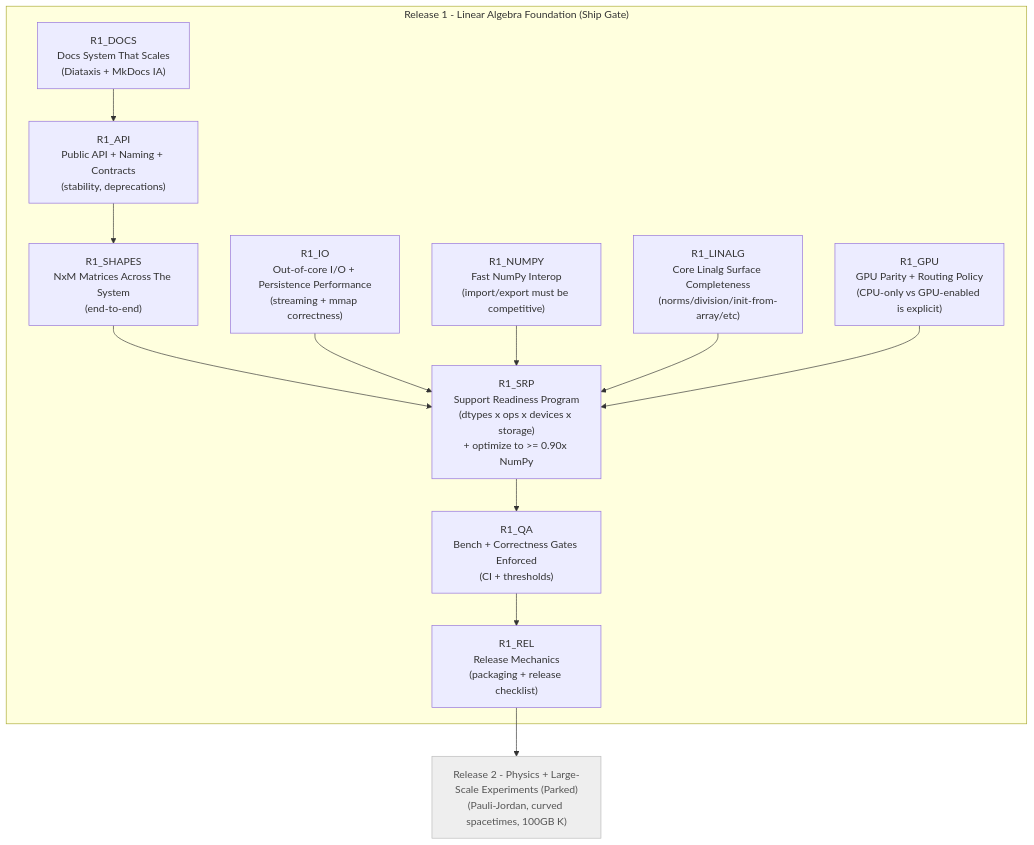
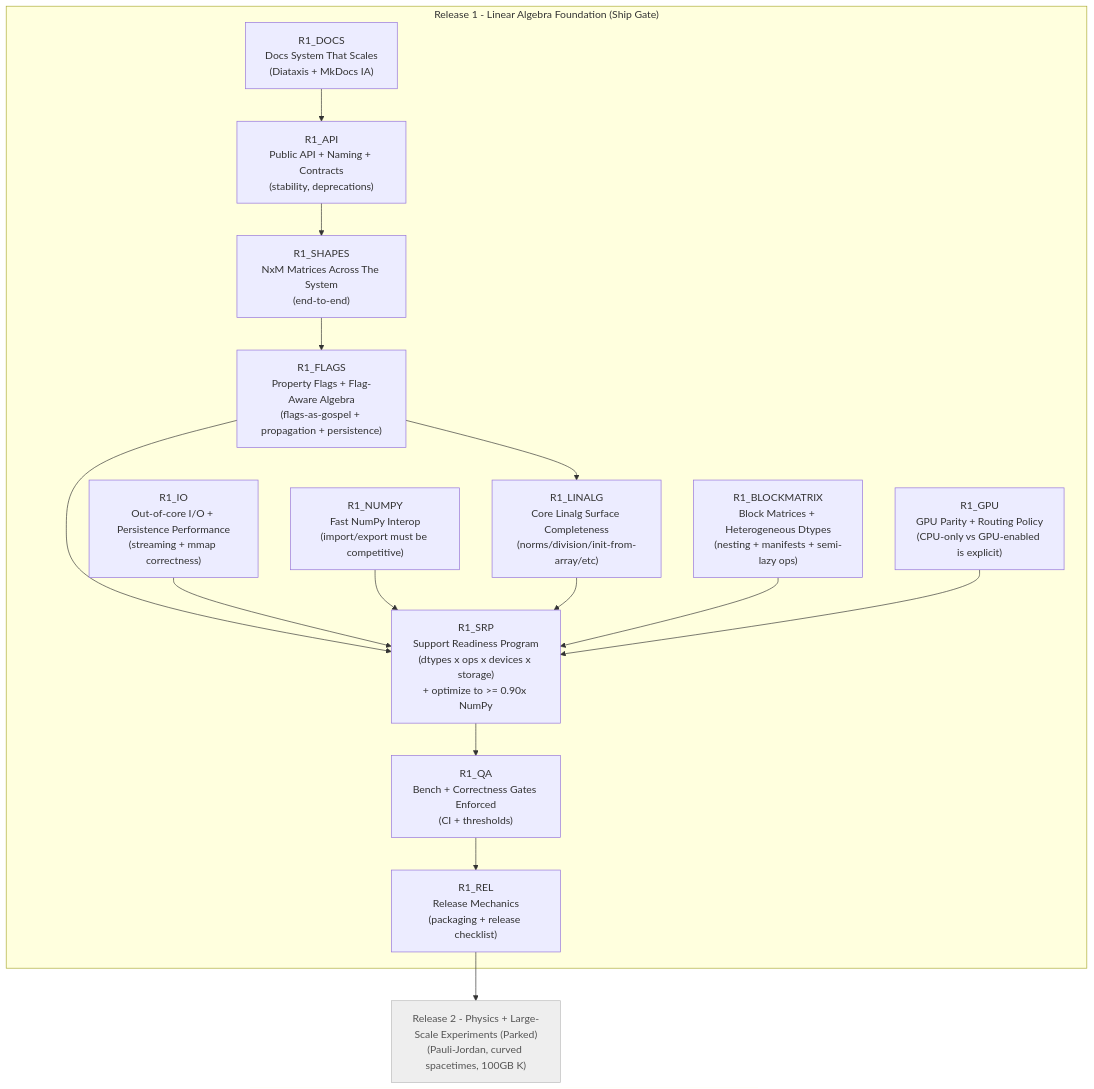
One commit to BrorH/pycauset changed the diagram in documentation/internals/plans/TODO.md. Above: the diagram before and after it, drawn with Mermaid. The commit also changed other lines of this file and 92 other files, not shown here.

Commit message:
Implemented broader linear algebra suite and prepared for flags

````diff
--- a/documentation/internals/plans/TODO.md
+++ b/documentation/internals/plans/TODO.md
@@ -72,33 +74,39 @@
 ```mermaid
 flowchart TD
     %% Canonical roadmap: node IDs are stable.
     %% Release 1 is the main path; Release 2 (physics) is intentionally parked.
 
     subgraph R1["Release 1 - Linear Algebra Foundation (Ship Gate)"]
         R1_DOCS["R1_DOCS<br/>Docs System That Scales<br/>(Diataxis + MkDocs IA)"]
         R1_API["R1_API<br/>Public API + Naming + Contracts<br/>(stability, deprecations)"]
         R1_SHAPES["R1_SHAPES<br/>NxM Matrices Across The System<br/>(end-to-end)"]
+        R1_FLAGS["R1_FLAGS<br/>Property Flags + Flag-Aware Algebra<br/>(flags-as-gospel + propagation + persistence)"]
         R1_SRP["R1_SRP<br/>Support Readiness Program<br/>(dtypes x ops x devices x storage)<br/>+ optimize to >= 0.90x NumPy"]
         R1_IO["R1_IO<br/>Out-of-core I/O + Persistence Performance<br/>(streaming + mmap correctness)"]
         R1_NUMPY["R1_NUMPY<br/>Fast NumPy Interop<br/>(import/export must be competitive)"]
         R1_LINALG["R1_LINALG<br/>Core Linalg Surface Completeness<br/>(norms/division/init-from-array/etc)"]
+        R1_BLOCKMATRIX["R1_BLOCKMATRIX<br/>Block Matrices + Heterogeneous Dtypes<br/>(nesting + manifests + semi-lazy ops)"]
         R1_GPU["R1_GPU<br/>GPU Parity + Routing Policy<br/>(CPU-only vs GPU-enabled is explicit)"]
         R1_QA["R1_QA<br/>Bench + Correctness Gates Enforced<br/>(CI + thresholds)"]
         R1_REL["R1_REL<br/>Release Mechanics<br/>(packaging + release checklist)"]
     end
 
     %% Main dependency chain (the path)
-    R1_DOCS --> R1_API --> R1_SHAPES --> R1_SRP --> R1_QA --> R1_REL
+    R1_DOCS --> R1_API --> R1_SHAPES --> R1_FLAGS --> R1_SRP --> R1_QA --> R1_REL
 
     %% Parallel prerequisites feeding SRP/QA
     R1_IO --> R1_SRP
     R1_NUMPY --> R1_SRP
     R1_LINALG --> R1_SRP
+    R1_BLOCKMATRIX --> R1_SRP
     R1_GPU --> R1_SRP
+
+    %% Flags feed linalg correctness/dispatch (and therefore SRP)
+    R1_FLAGS --> R1_LINALG
 
     %% Post-R1: physics release parked (not detailed here)
     R2_PHYS["Release 2 - Physics + Large-Scale Experiments (Parked)<br/>(Pauli-Jordan, curved spacetimes, 100GB K)"]:::parked
     R1_REL --> R2_PHYS
 
     classDef parked fill:#eee,stroke:#bbb,color:#555
 ```
````
